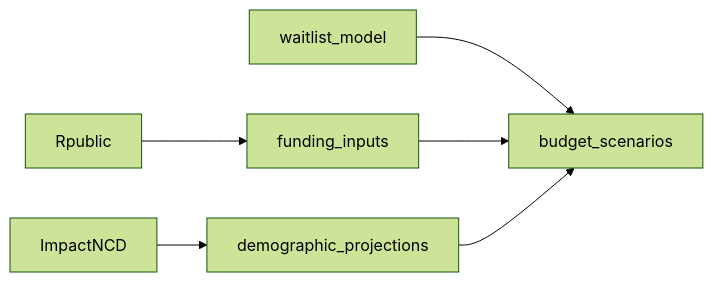
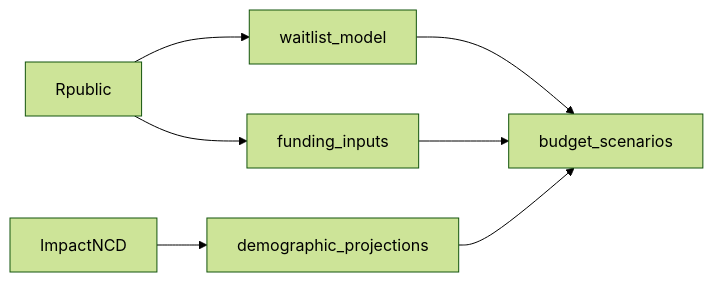
One commit to REALCentreTHF/.github changed the diagram in profile/README.md. Above: the diagram before and after it, drawn with Mermaid (forest theme).

````diff
--- a/profile/README.md
+++ b/profile/README.md
@@ -21,11 +21,12 @@
 ```mermaid
 
 flowchart LR
 
 waitlist_model --> budget_scenarios
+Rpublic --> waitlist_model
 funding_inputs --> budget_scenarios
 demographic_projections --> budget_scenarios
 ImpactNCD --> demographic_projections
 Rpublic --> funding_inputs
 
 ```
````
